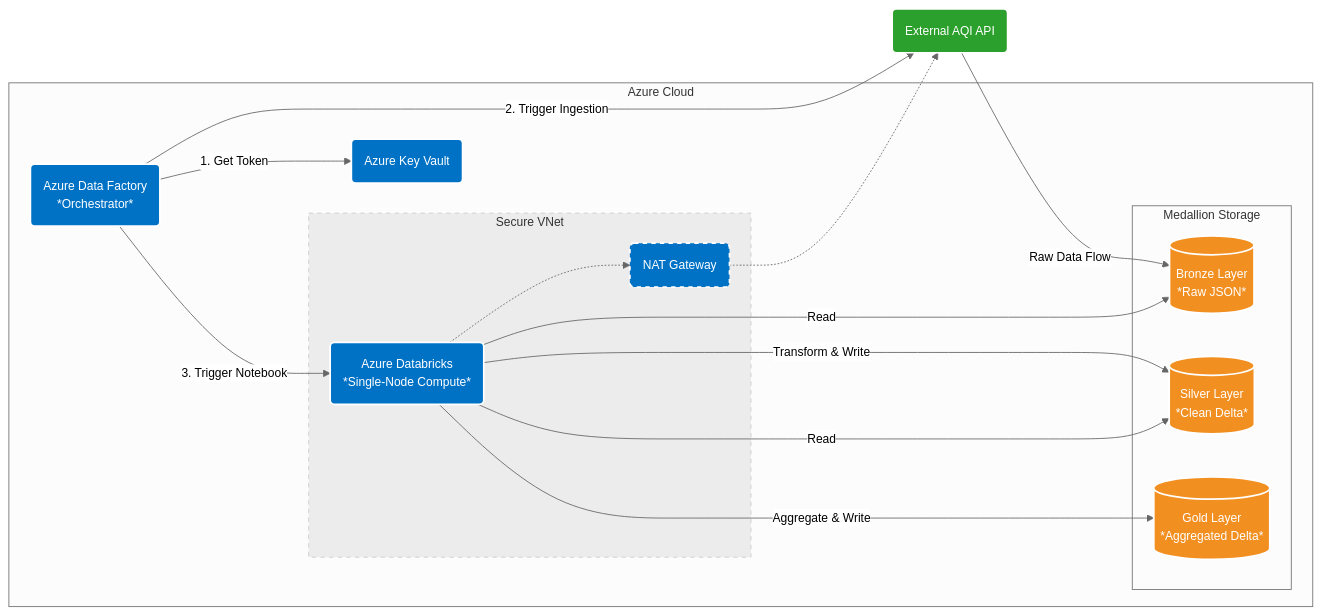
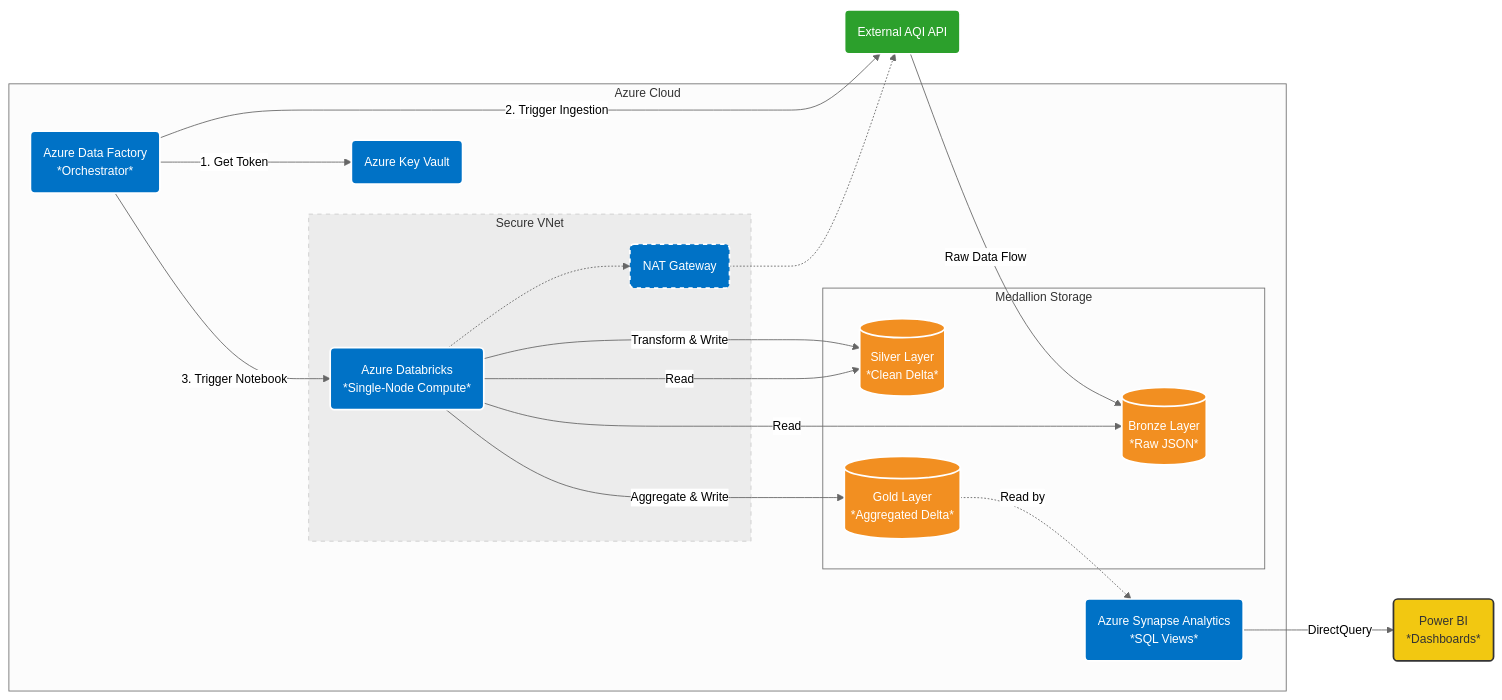
Before and after one commit to nahushamane/aqi-azure-data-engineering: the diagram in README.md, drawn with Mermaid.

Commit message:
readme update

````diff
--- a/README.md
+++ b/README.md
@@ -16,43 +16,52 @@
 ```mermaid
 %%{init: {'theme': 'neutral', 'themeVariables': { 'fontSize': '14px', 'fontFamily': 'arial'}}}%%
 graph LR
     %% Define nodes and styles
     classDef azure fill:#0072C6,stroke:#fff,stroke-width:2px,color:#fff;
     classDef source fill:#2ca02c,stroke:#fff,stroke-width:2px,color:#fff;
     classDef storage fill:#f28f21,stroke:#fff,stroke-width:2px,color:#fff;
+    classDef bi fill:#F2C811,stroke:#333,stroke-width:2px,color:#333;
 
     %% External Source
     API(External AQI API):::source
 
     %% Azure Components
     subgraph Azure Cloud
         KV(Azure Key Vault):::azure
         ADF(Azure Data Factory\n*Orchestrator*):::azure
         
         subgraph VNet [Secure VNet]
             DBX(Azure Databricks\n*Single-Node Compute*):::azure
             NAT(NAT Gateway):::azure
         end
 
         subgraph ADLS Gen2 [Medallion Storage]
             Bronze[(Bronze Layer\n*Raw JSON*)]:::storage
             Silver[(Silver Layer\n*Clean Delta*)]:::storage
             Gold[(Gold Layer\n*Aggregated Delta*)]:::storage
         end
+        
+        SYN(Azure Synapse Analytics\n*SQL Views*):::azure
     end
+    
+    PBI(Power BI\n*Dashboards*):::bi
 
     %% Data & Control Flows
     ADF --1. Get Token--> KV
     ADF --2. Trigger Ingestion--> API
     API --Raw Data Flow--> Bronze
     ADF --3. Trigger Notebook--> DBX
     
     DBX --Read--> Bronze
     DBX --Transform & Write--> Silver
     DBX --Read--> Silver
     DBX --Aggregate & Write--> Gold
     
     DBX -.-> NAT -.-> API
+    
+    Gold -.->|Read by| SYN
+    SYN --DirectQuery--> PBI
+
     style VNet fill:#ececec,stroke:#ccc,stroke-dasharray: 5 5
     style NAT stroke-dasharray: 5 5
 ```
````
